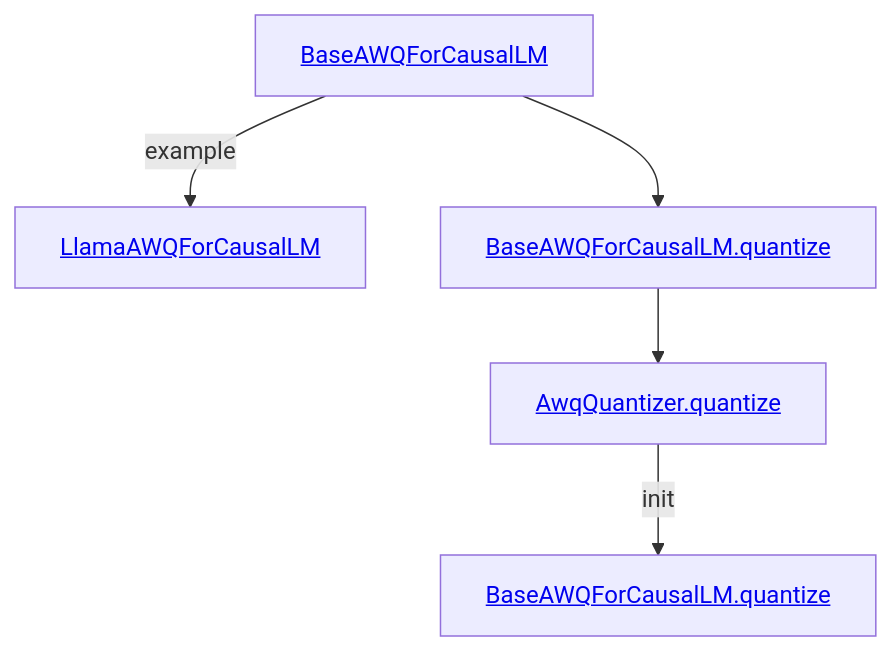
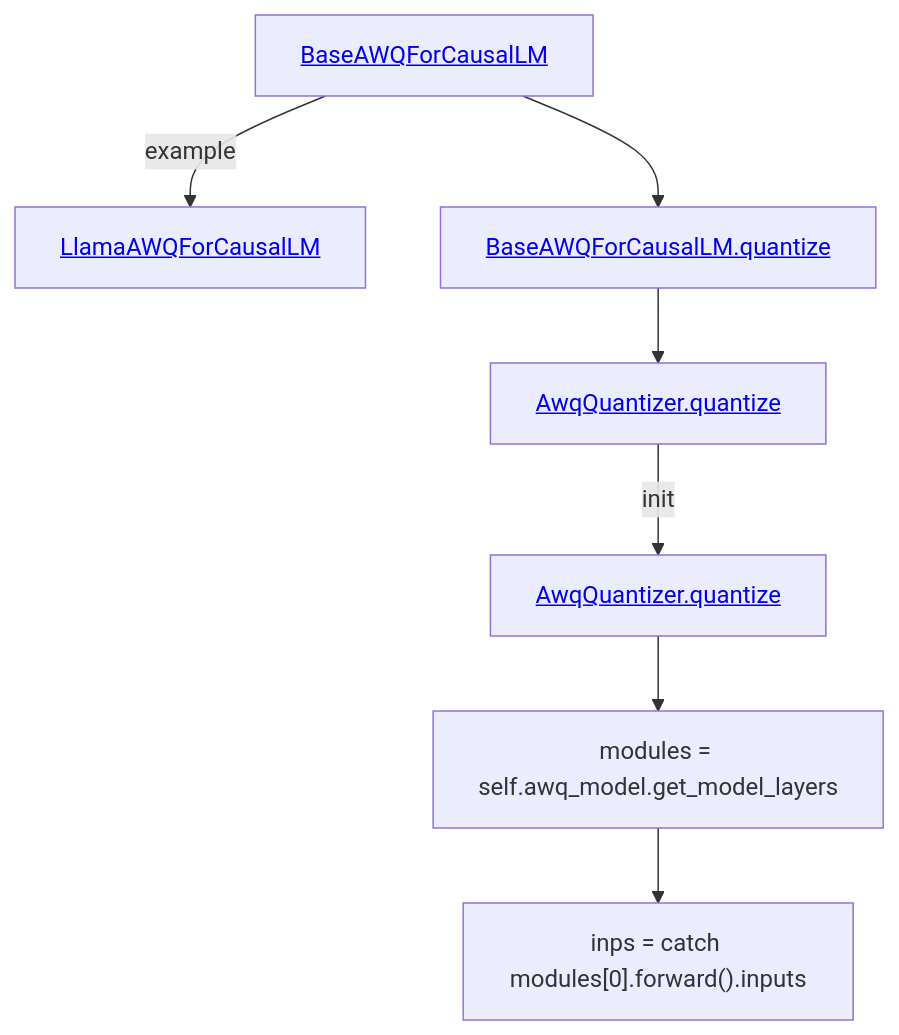
The diagram in README.md (w32zhong/AutoAWQ), drawn with Mermaid before and after one commit.

````diff
--- a/README.md
+++ b/README.md
@@ -2,11 +2,14 @@
 ```mermaid
 graph TD;
     BaseAWQForCausalLM[<a href="https://github.com/w32zhong/AutoAWQ/blob/1c5787f5c44acc2753c0e30e4b59412343cb4a71/awq/models/base.py#L89">BaseAWQForCausalLM</a>]
     LlamaAWQForCausalLM[<a href="https://github.com/w32zhong/AutoAWQ/blob/1c5787f5c44acc2753c0e30e4b59412343cb4a71/awq/models/llama.py#L14">LlamaAWQForCausalLM</a>]
     BaseAWQForCausalLM -->|example| LlamaAWQForCausalLM
     BaseAWQForCausalLM_quantize[<a href="https://github.com/w32zhong/AutoAWQ/blob/1c5787f5c44acc2753c0e30e4b59412343cb4a71/awq/models/base.py#L129">BaseAWQForCausalLM.quantize</a>]
     BaseAWQForCausalLM --> BaseAWQForCausalLM_quantize --> AwqQuantizer_quantize
     AwqQuantizer_quantize[<a href="https://github.com/w32zhong/AutoAWQ/blob/1c5787f5c44acc2753c0e30e4b59412343cb4a71/awq/quantize/quantizer.py#L27">AwqQuantizer.quantize</a>]
     AwqQuantizer_quantize -->|init| AwqQuantizer.init_quant
-    AwqQuantizer.init_quant[<a href="https://github.com/w32zhong/AutoAWQ/blob/1c5787f5c44acc2753c0e30e4b59412343cb4a71/awq/quantize/quantizer.py#L544">BaseAWQForCausalLM.quantize</a>]
+    AwqQuantizer.init_quant[<a href="https://github.com/w32zhong/AutoAWQ/blob/1c5787f5c44acc2753c0e30e4b59412343cb4a71/awq/quantize/quantizer.py#L544">AwqQuantizer.quantize</a>]
+    AwqQuantizer.init_quant --> get_model_layers__call --> first_inp
+    get_model_layers__call[modules = self.awq_model.get_model_layers]
+    first_inp["inps = catch modules[0].forward().inputs"]
 ```
````
